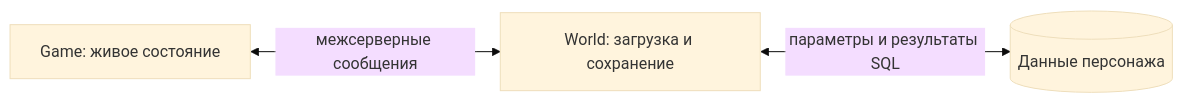
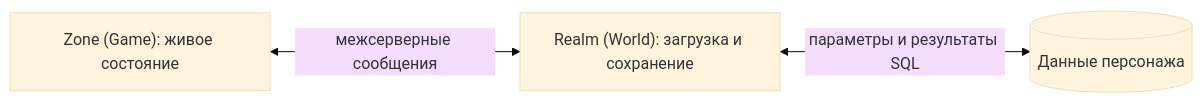
Before and after one commit to AsukaSuiD/Nebokrai: the second of 2 diagrams in docs/overview/architecture.md, drawn with Mermaid (base theme). The commit also changed other lines of this file and 8 other files, not shown here.

````diff
--- a/docs/overview/architecture.md
+++ b/docs/overview/architecture.md
@@ -36,5 +38,5 @@
 ```mermaid
 flowchart LR
-    Live[Game: живое состояние] <-->|межсерверные сообщения| Persistent[World: загрузка и сохранение]
+    Live["Zone (Game): живое состояние"] <-->|межсерверные сообщения| Persistent["Realm (World): загрузка и сохранение"]
     Persistent <-->|параметры и результаты SQL| DB[(Данные персонажа)]
 ```
````
